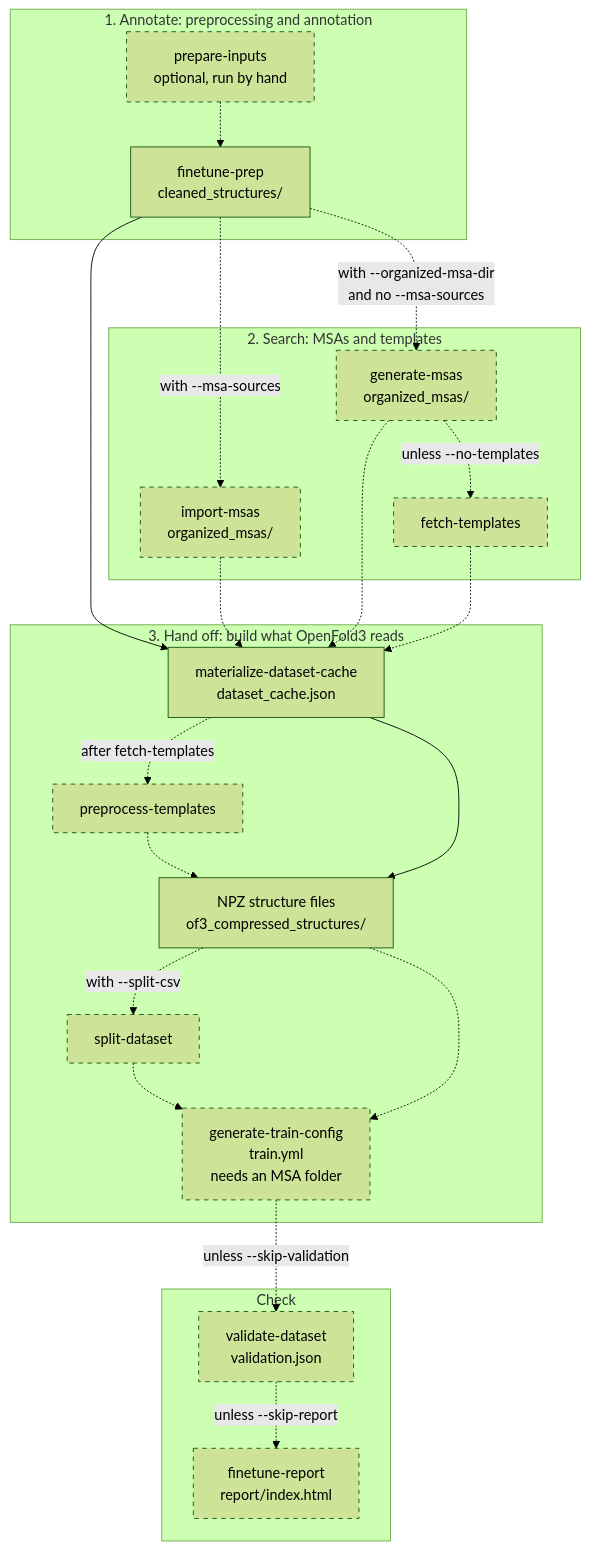
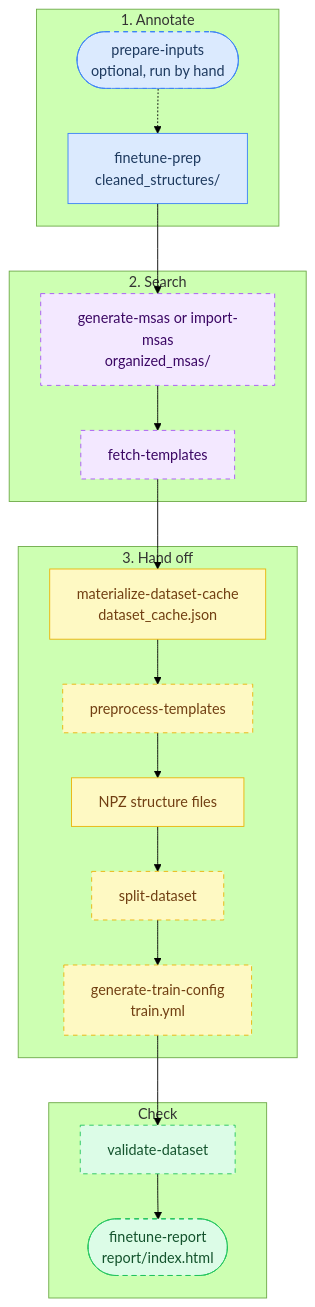
One commit to OpenFoldConsortium/atomworks-openfold3-finetune-pipeline changed the diagram in docs/source/explanation/how-it-works.md. Above: the diagram before and after it, drawn with Mermaid (forest theme). The commit also changed other lines of this file, not shown here.

Commit message:
Redraw the pipeline diagram as one readable column
Mermaid scales a diagram down to the page width, so the wide version with
side branches and edge labels rendered at an unreadable size. The figure
is now a single top-to-bottom column, colored by step, in the style of
OpenFold3's parameters figure. Dashed boxes mark stages that can be
skipped, and a table below the figure gives the condition for each one.

````diff
--- a/docs/source/explanation/how-it-works.md
+++ b/docs/source/explanation/how-it-works.md
@@ -9,46 +9,37 @@
 ```mermaid
 flowchart TD
-    subgraph annotate["1. Annotate: preprocessing and annotation"]
-        prepare["prepare-inputs<br/>optional, run by hand"]
-        prep["finetune-prep<br/>cleaned_structures/"]
-        prepare -.-> prep
+    subgraph annotate["1. Annotate"]
+        prepare(["prepare-inputs<br/>optional, run by hand"]) -.-> prep["finetune-prep<br/>cleaned_structures/"]
     end
+    subgraph search["2. Search"]
+        msas["generate-msas or import-msas<br/>organized_msas/"] --> fetch["fetch-templates"]
+    end
+    subgraph handoff["3. Hand off"]
+        cache["materialize-dataset-cache<br/>dataset_cache.json"] --> pretemplates["preprocess-templates"]
+        pretemplates --> npz["NPZ structure files"] --> split["split-dataset"]
+        split --> config["generate-train-config<br/>train.yml"]
+    end
+    subgraph check["Check"]
+        validate["validate-dataset"] --> report(["finetune-report<br/>report/index.html"])
+    end
+    prep --> msas
+    fetch --> cache
+    config --> validate
 
-    subgraph search["2. Search: MSAs and templates"]
-        imported["import-msas<br/>organized_msas/"]
-        msas["generate-msas<br/>organized_msas/"]
-        fetch["fetch-templates"]
-        msas -. "unless --no-templates" .-> fetch
-    end
-
-    subgraph handoff["3. Hand off: build what OpenFold3 reads"]
-        cache["materialize-dataset-cache<br/>dataset_cache.json"]
-        pretemplates["preprocess-templates"]
-        npz["NPZ structure files<br/>of3_compressed_structures/"]
-        split["split-dataset"]
-        config["generate-train-config<br/>train.yml<br/>needs an MSA folder"]
-        cache -. "after fetch-templates" .-> pretemplates
-        pretemplates -.-> npz
-        cache --> npz
-        npz -. "with --split-csv" .-> split
-        split -.-> config
-        npz -.-> config
-    end
-
-    subgraph check["Check"]
-        validate["validate-dataset<br/>validation.json"]
-        report["finetune-report<br/>report/index.html"]
-        validate -. "unless --skip-report" .-> report
-    end
-
-    prep -. "with --msa-sources" .-> imported
-    prep -. "with --organized-msa-dir<br/>and no --msa-sources" .-> msas
-    prep --> cache
-    imported -.-> cache
-    msas -.-> cache
-    fetch -.-> cache
-    config -. "unless --skip-validation" .-> validate
-
-    classDef optional stroke-dasharray: 5 5
-    class prepare,imported,msas,fetch,pretemplates,split,config,validate,report optional
+    classDef annotate fill:#dbeafe,stroke:#3b82f6,color:#1e3a5f
+    classDef search fill:#f3e8ff,stroke:#a855f7,color:#3b0764
+    classDef handoff fill:#fef9c3,stroke:#eab308,color:#713f12
+    classDef check fill:#dcfce7,stroke:#22c55e,color:#14532d
+    class prepare,prep annotate
+    class msas,fetch search
+    class cache,pretemplates,npz,split,config handoff
+    class validate,report check
+    style prepare stroke-dasharray: 5 5
+    style msas stroke-dasharray: 5 5
+    style fetch stroke-dasharray: 5 5
+    style pretemplates stroke-dasharray: 5 5
+    style split stroke-dasharray: 5 5
+    style config stroke-dasharray: 5 5
+    style validate stroke-dasharray: 5 5
+    style report stroke-dasharray: 5 5
 ```
````
